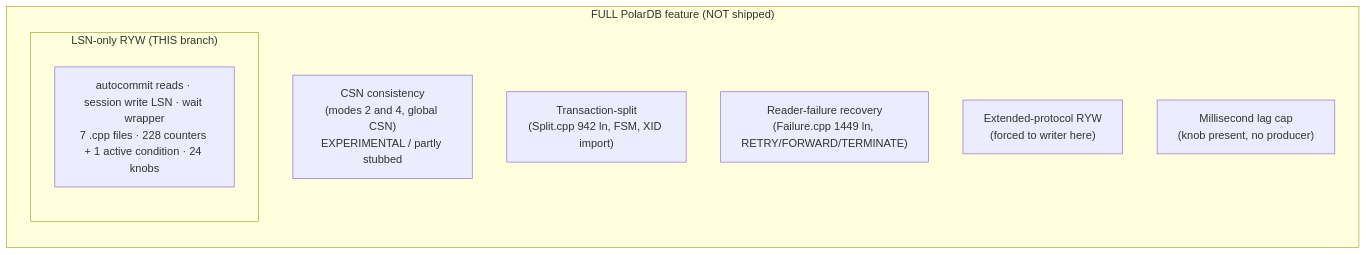
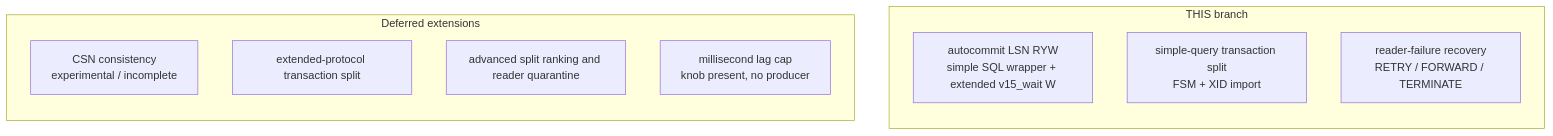
Before and after one commit to awide-labs/polar-proxy: the first of 3 diagrams in doc/polardb-arch/15-LIMITATIONS-AND-ROADMAP.md, drawn with Mermaid. The commit also changed other lines of this file and 29 other files, not shown here.

First line of the commit message:
docs(polardb): document v15_wait extended query flow

````diff
--- a/doc/polardb-arch/15-LIMITATIONS-AND-ROADMAP.md
+++ b/doc/polardb-arch/15-LIMITATIONS-AND-ROADMAP.md
@@ -464,15 +466,16 @@
 ```mermaid
 flowchart TB
-  subgraph FULL["FULL PolarDB feature (NOT shipped)"]
+  subgraph SHIPPED["THIS branch"]
     direction TB
-    CSN["CSN consistency<br/>(modes 2 and 4, global CSN)<br/>EXPERIMENTAL / partly stubbed"]
-    SPLIT["Transaction-split<br/>(Split.cpp 942 ln, FSM, XID import)"]
-    FAIL["Reader-failure recovery<br/>(Failure.cpp 1449 ln, RETRY/FORWARD/TERMINATE)"]
-    EXT["Extended-protocol RYW<br/>(forced to writer here)"]
-    MS["Millisecond lag cap<br/>(knob present, no producer)"]
-    subgraph V1["LSN-only RYW (THIS branch)"]
-      direction TB
-      CORE["autocommit reads · session write LSN · wait wrapper<br/>7 .cpp files · 228 counters + 1 active condition · 24 knobs"]
-    end
+    CORE["autocommit LSN RYW<br/>simple SQL wrapper + extended v15_wait W"]
+    SPLIT["simple-query transaction split<br/>FSM + XID import"]
+    FAIL["reader-failure recovery<br/>RETRY / FORWARD / TERMINATE"]
+  end
+  subgraph DEFERRED["Deferred extensions"]
+    direction TB
+    CSN["CSN consistency<br/>experimental / incomplete"]
+    EXTSPLIT["extended-protocol transaction split"]
+    ADV["advanced split ranking and reader quarantine"]
+    MS["millisecond lag cap<br/>knob present, no producer"]
   end
 ```
````
